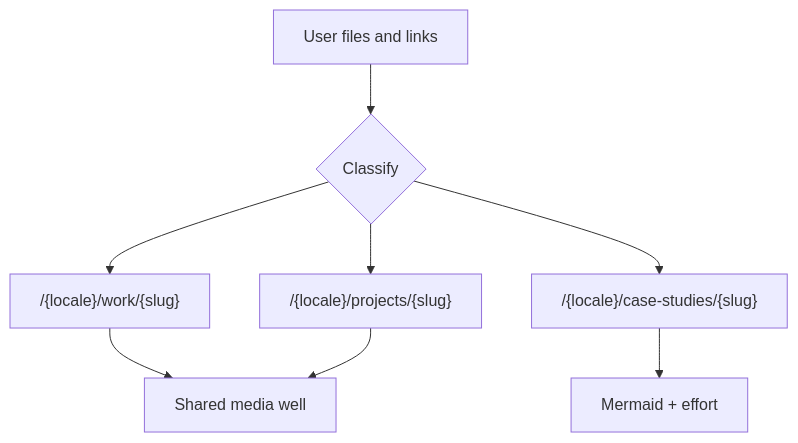
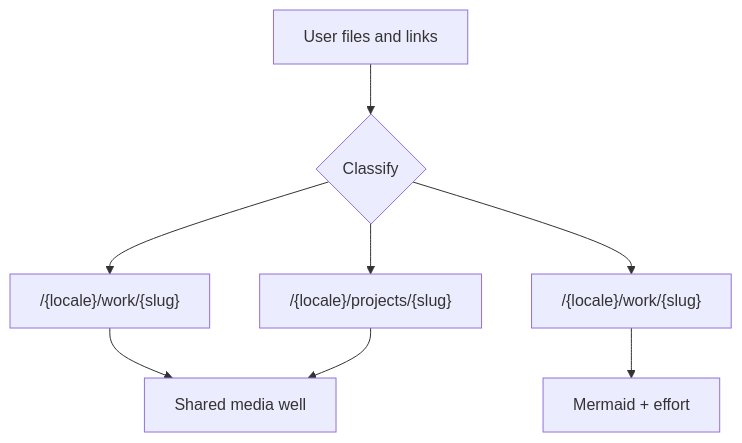
Before and after one commit to colorage/siaroza_cv: the diagram in CONTENT.md, drawn with Mermaid. The commit also changed other lines of this file and 26 other files, not shown here.

````diff
--- a/CONTENT.md
+++ b/CONTENT.md
@@ -23,12 +23,12 @@
 ```mermaid
 flowchart TD
   input[User files and links]
   classify{Classify}
   input --> classify
   classify --> portfolio["/{locale}/work/{slug}"]
-  classify --> cases["/{locale}/case-studies/{slug}"]
+  classify --> cases["/{locale}/work/{slug}"]
   classify --> pets["/{locale}/projects/{slug}"]
   portfolio --> mediaFrame[Shared media well]
   pets --> mediaFrame
   cases --> mermaid[Mermaid + effort]
 ```
````
